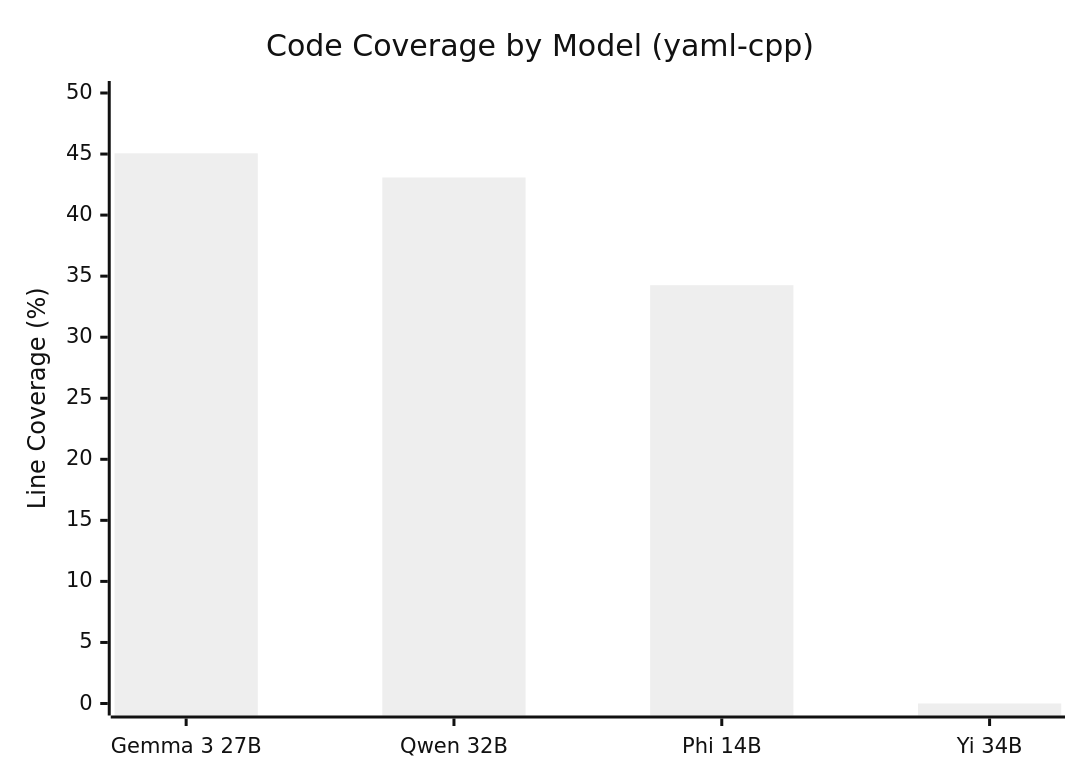
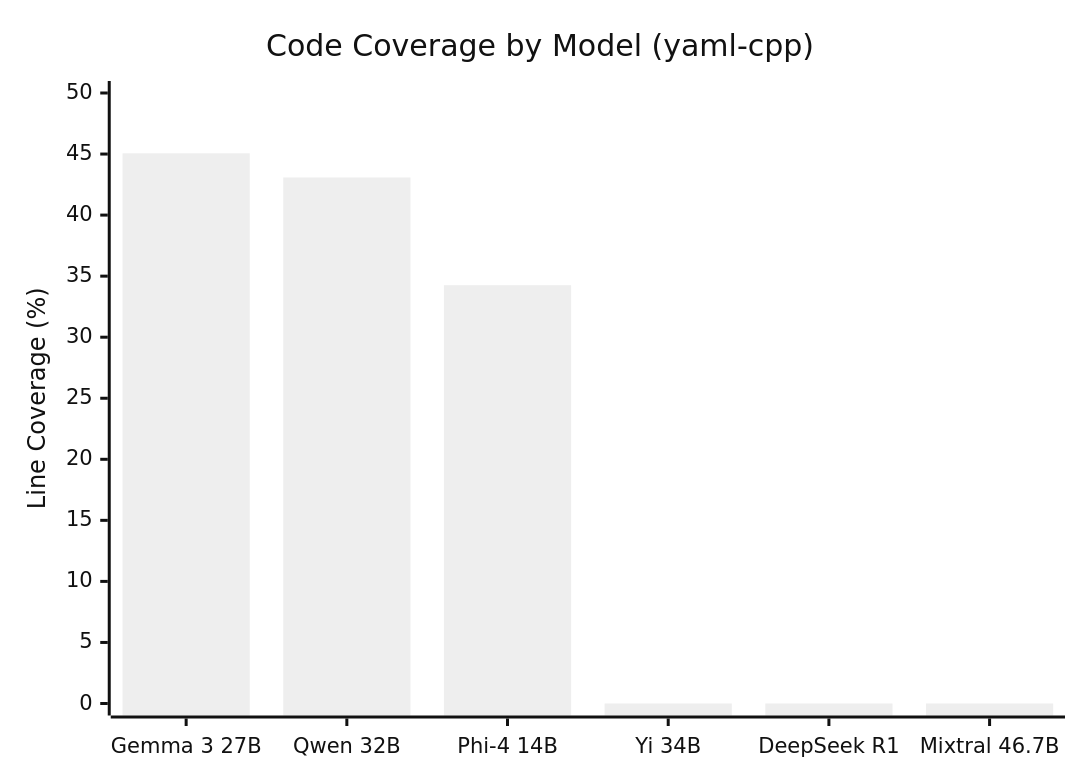
Before and after one commit to DARREN-2000/temporary: the first of 4 diagrams in Chapter_5_Experimental_Results.md, drawn with Mermaid. The commit also changed 3 other files, not shown here.

Commit message:
Remove all 'straightforward' and 'ensure', expand Figure 5.1 to include 6 models

````diff
--- a/Chapter_5_Experimental_Results.md
+++ b/Chapter_5_Experimental_Results.md
@@ -155,8 +155,8 @@
 ```mermaid
 %%{init: {'theme': 'neutral'}}%%
 xychart-beta
     title "Code Coverage by Model (yaml-cpp)"
-    x-axis ["Gemma 3 27B", "Qwen 32B", "Phi 14B", "Yi 34B"]
+    x-axis ["Gemma 3 27B", "Qwen 32B", "Phi-4 14B", "Yi 34B", "DeepSeek R1", "Mixtral 46.7B"]
     y-axis "Line Coverage (%)" 0 --> 50
-    bar [45.06, 43.08, 34.26, 0]
+    bar [45.06, 43.08, 34.26, 0, 0, 0]
 ```
````
